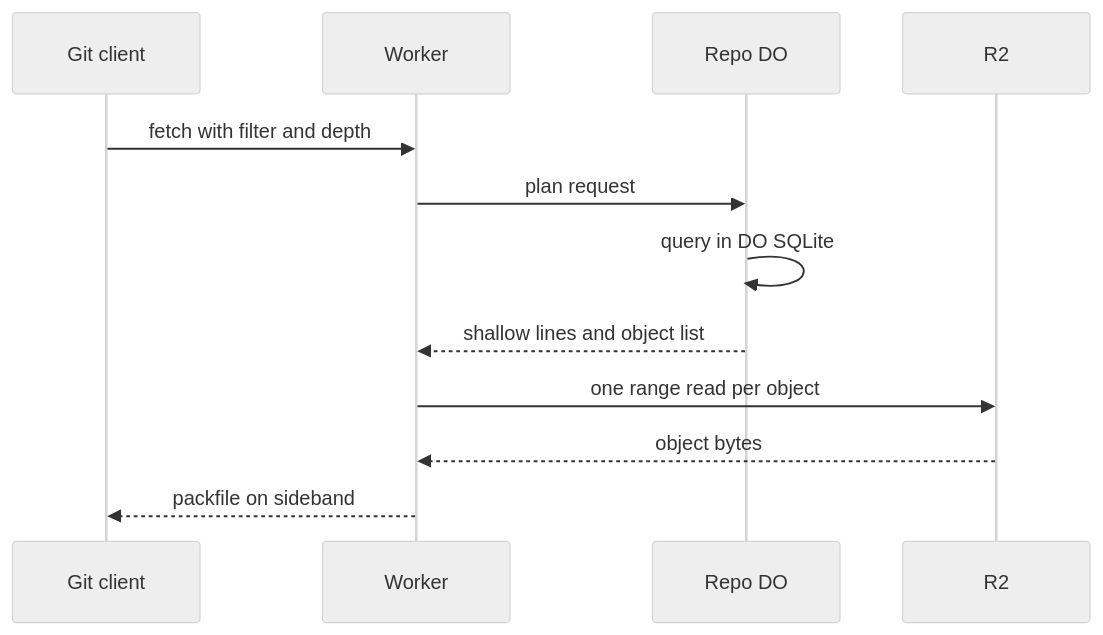
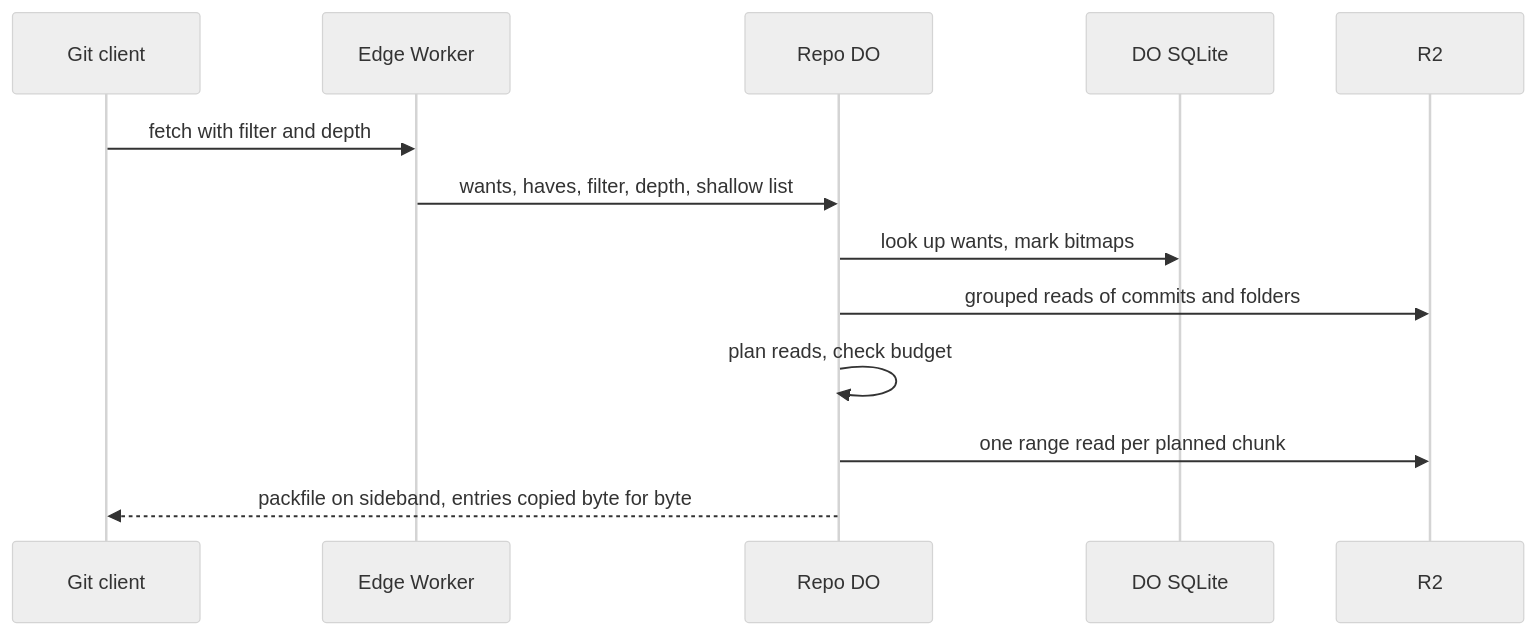
Before and after one commit to idl3/git-edge: the diagram in plain/partial-clone-filters.md, drawn with Mermaid (neutral theme). The commit also changed other lines of this file and 47 other files, not shown here.

````diff
--- a/plain/partial-clone-filters.md
+++ b/plain/partial-clone-filters.md
@@ -32,14 +34,15 @@
 ```mermaid
 sequenceDiagram
     participant C as Git client
-    participant W as Worker
+    participant W as Edge Worker
     participant D as Repo DO
+    participant S as DO SQLite
     participant R as R2
     C->>W: fetch with filter and depth
-    W->>D: plan request
-    D->>D: query in DO SQLite
-    D-->>W: shallow lines and object list
-    W->>R: one range read per object
-    R-->>W: object bytes
-    W-->>C: packfile on sideband
+    W->>D: wants, haves, filter, depth, shallow list
+    D->>S: look up wants, mark bitmaps
+    D->>R: grouped reads of commits and folders
+    D->>D: plan reads, check budget
+    D->>R: one range read per planned chunk
+    D-->>C: packfile on sideband, entries copied byte for byte
 ```
````
